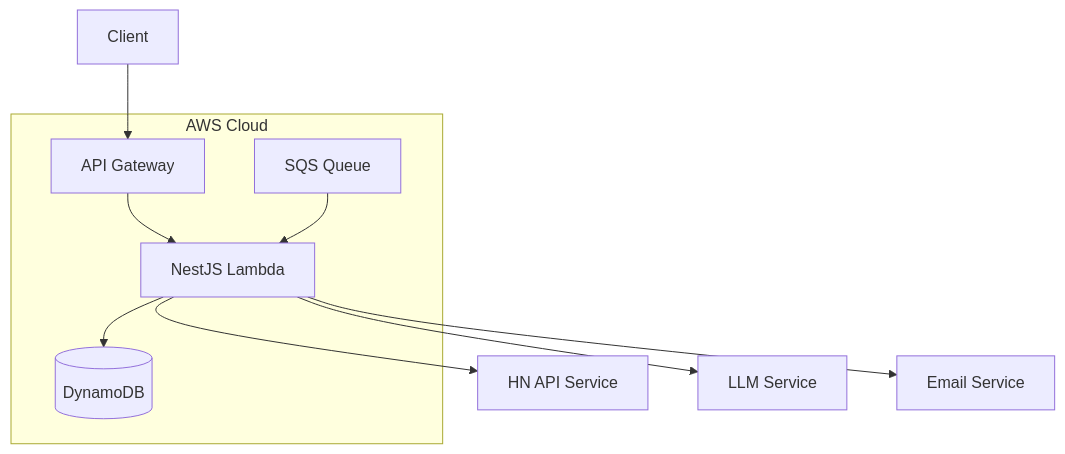
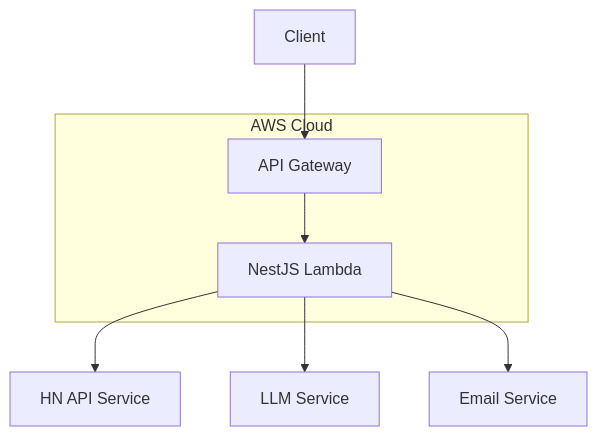
The diagram in README.md (bmadcode/hak-news-aiadd-1), drawn with Mermaid before and after one commit. The commit also changed other lines of this file and 13 other files, not shown here.

````diff
--- a/README.md
+++ b/README.md
@@ -171,17 +281,13 @@
 ```mermaid
 graph TD
     A[Client] --> B[API Gateway]
     B --> C[NestJS Lambda]
     C --> D[HN API Service]
     C --> E[LLM Service]
     C --> F[Email Service]
-    C --> G[(DynamoDB)]
-    H[SQS Queue] --> C
 
     subgraph AWS Cloud
         B
         C
-        G
-        H
     end
 ```
````
